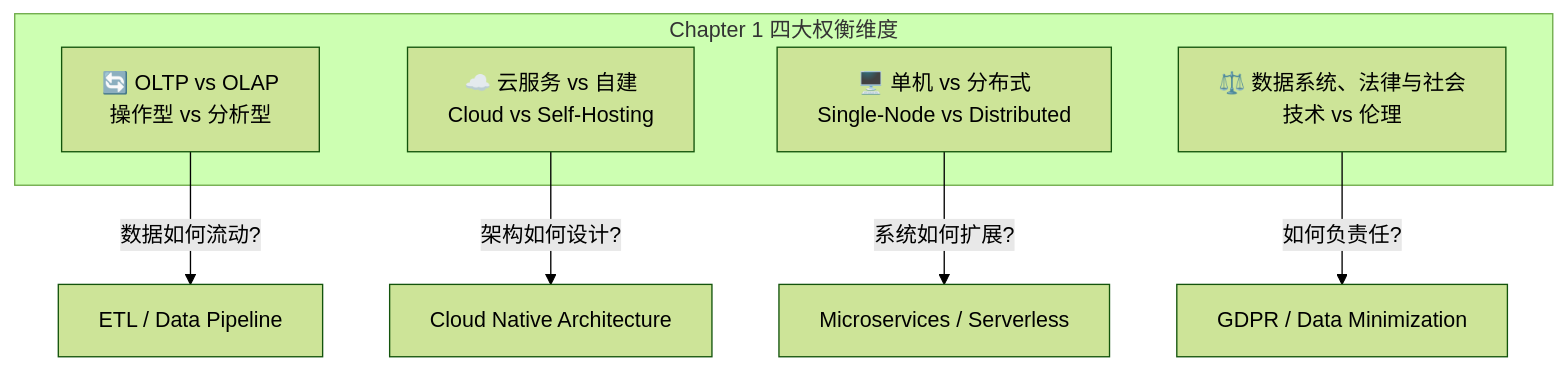
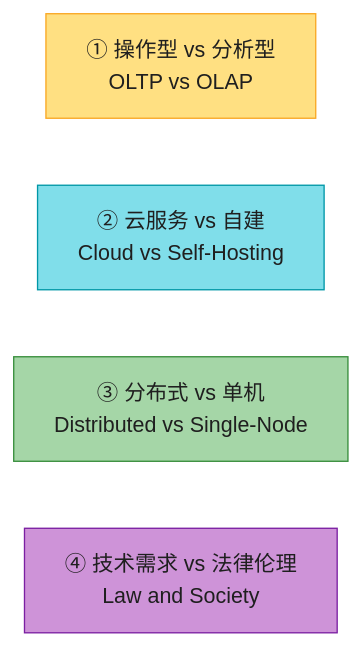
The first of 14 diagrams in ch01-数据系统架构的权衡取舍.md (socoo123/ddia_2nd), drawn with Mermaid (forest theme) before and after one commit. The commit also changed other lines of this file and 8 other files, not shown here.

First line of the commit message:
重写 ch01-ch09 读书笔记：风格统一 + 内容扩充 + 大量图表

````diff
--- a/ch01-数据系统架构的权衡取舍.md
+++ b/ch01-数据系统架构的权衡取舍.md
@@ -49,14 +14,12 @@
 ```mermaid
-graph TB
-    subgraph CH1["Chapter 1 四大权衡维度"]
-        A["🔄 OLTP vs OLAP<br/>操作型 vs 分析型"]
-        B["☁️ 云服务 vs 自建<br/>Cloud vs Self-Hosting"]
-        C["🖥️ 单机 vs 分布式<br/>Single-Node vs Distributed"]
-        D["⚖️ 数据系统、法律与社会<br/>技术 vs 伦理"]
-    end
+flowchart LR
+    Q1["① 操作型 vs 分析型<br/>OLTP vs OLAP"]
+    Q2["② 云服务 vs 自建<br/>Cloud vs Self-Hosting"]
+    Q3["③ 分布式 vs 单机<br/>Distributed vs Single-Node"]
+    Q4["④ 技术需求 vs 法律伦理<br/>Law and Society"]
 
-    A -->|"数据如何流动?"| E["ETL / Data Pipeline"]
-    B -->|"架构如何设计?"| F["Cloud Native Architecture"]
-    C -->|"系统如何扩展?"| G["Microservices / Serverless"]
-    D -->|"如何负责任?"| H["GDPR / Data Minimization"]
+    style Q1 fill:#FFE082,stroke:#F9A825,color:#1f1f1f
+    style Q2 fill:#80DEEA,stroke:#0097A7,color:#1f1f1f
+    style Q3 fill:#A5D6A7,stroke:#388E3C,color:#1f1f1f
+    style Q4 fill:#CE93D8,stroke:#7B1FA2,color:#1f1f1f
 ```
````
